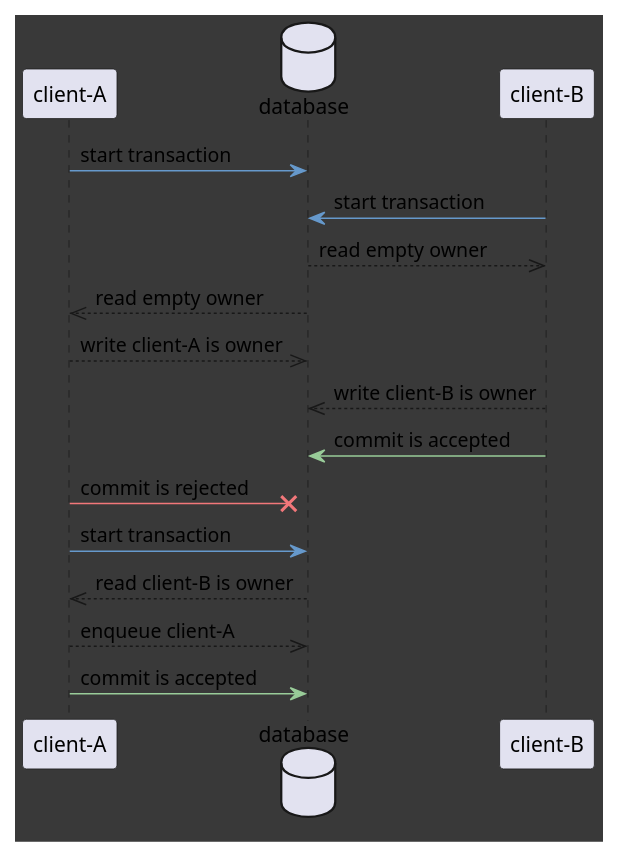
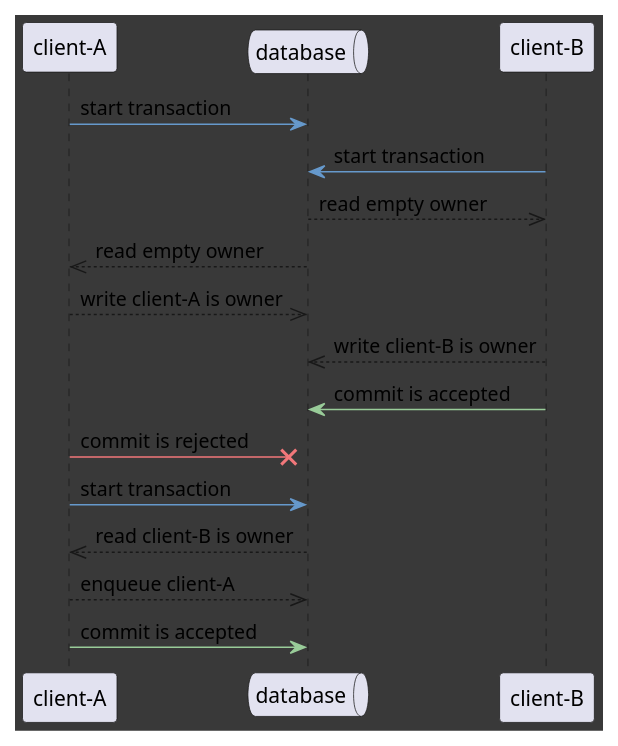
The diagram in img/seq.puml (janderland/janderland), drawn with PlantUML before and after one commit.

Commit message:
Use "queue" icon for DB in diagram.

```diff
--- a/img/seq.puml
+++ b/img/seq.puml
@@ -1,46 +1,46 @@
 @startuml
 
 <style>
 document {
 	BackgroundColor #393939
 	LineColor #E8E6DF
 	FontColor #E8E6DF
 	FontName Roboto
 	Padding 10px
 }
 
 .success {
   LineColor #99cc99
 }
 
-.warning {
+.neutral {
   LineColor #6699cc
 }
 
 .failure {
   LineColor #f2777a
 }
 </style>
 
 participant "client-A"
-database database
+queue database
 participant "client-B"
 
-"client-A" -> database <<warning>>: start transaction
-"client-B" -> database <<warning>>: start transaction
+"client-A" -> database <<neutral>>: start transaction
+"client-B" -> database <<neutral>>: start transaction
 
 "client-B" <<-- database: read empty owner 
 "client-A" <<-- database: read empty owner
 
 "client-A" -->> database: write client-A is owner
 "client-B" -->> database: write client-B is owner
 
 "client-B" -> database <<success>>: commit is accepted
 "client-A" -X database <<failure>>: commit is rejected 
 
-"client-A" -> database <<warning>>: start transaction
+"client-A" -> database <<neutral>>: start transaction
 "client-A" <<-- database: read client-B is owner
 "client-A" -->> database: enqueue client-A
 "client-A" -> database <<success>>: commit is accepted
 
 @enduml
```
